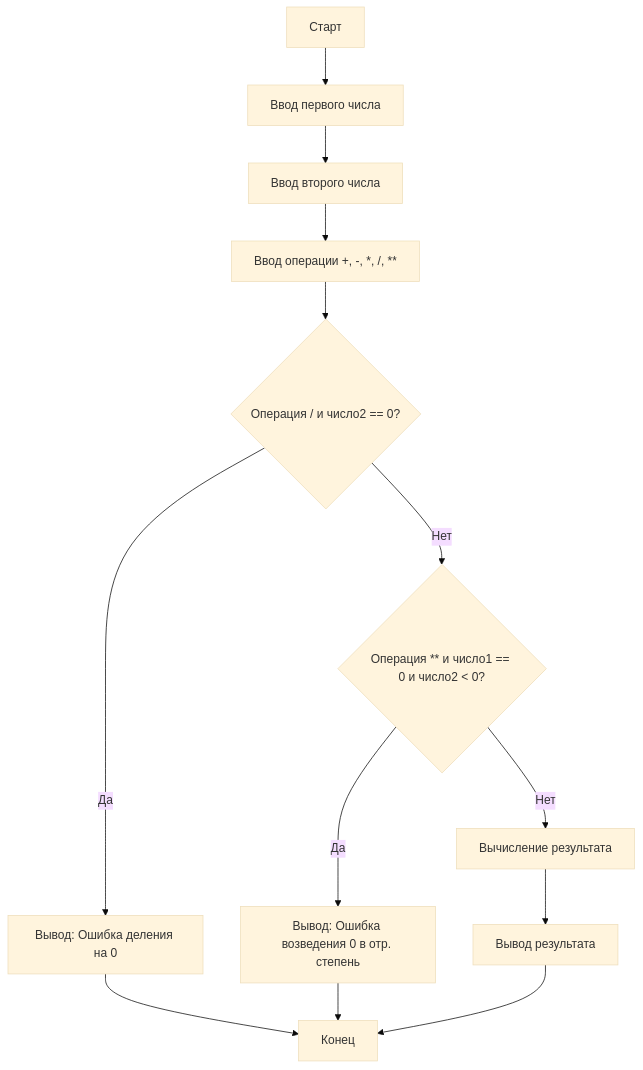
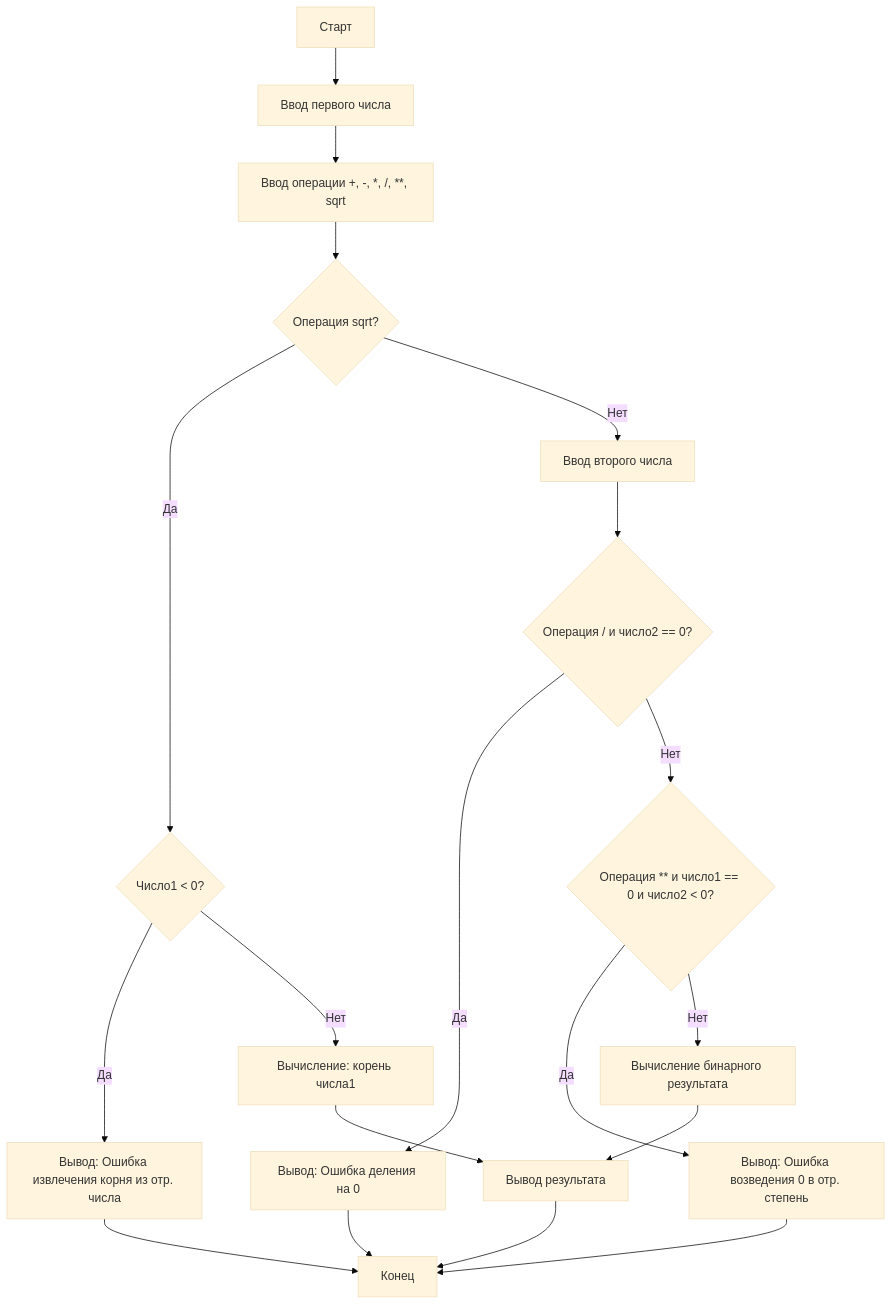
Before and after one commit to a-mozhaev/prz23: the diagram in README.md, drawn with Mermaid (base theme). The commit also changed other lines of this file and 2 other files, not shown here.

Commit message:
feat: 1. Добавлен функционал вычисления квадратного корня. 2. Изменена логика работы пользовательского интерфейса

````diff
--- a/README.md
+++ b/README.md
@@ -15,15 +15,25 @@
-```mermaid
+```mermaid 
  graph TD
      A[Старт] --> B[Ввод первого числа]
-     B --> C[Ввод второго числа]
-     C --> D[Ввод операции +, -, *, /, **]
-     D --> E{Операция / и число2 == 0?}
-     E -- Да --> F[Вывод: Ошибка деления на 0]
-     E -- Нет --> J{Операция ** и число1 == 0 и число2 < 0?}
-     J -- Да --> K[Вывод: Ошибка возведения 0 в отр. степень]
-     J -- Нет --> G[Вычисление результата]
-     G --> H[Вывод результата]
-     F --> I[Конец]
-     K --> I
-     H --> I
+     B --> D[Ввод операции +, -, *, /, **, sqrt]
+
+     D --> E{Операция sqrt?}
+     E -- Да --> F{Число1 < 0?}
+     F -- Да --> G[Вывод: Ошибка извлечения корня из отр. числа]
+     F -- Нет --> H[Вычисление: корень числа1]
+
+     E -- Нет --> I[Ввод второго числа]
+     I --> J{Операция / и число2 == 0?}
+     J -- Да --> K[Вывод: Ошибка деления на 0]
+     J -- Нет --> L{Операция ** и число1 == 0 и число2 < 0?}
+     L -- Да --> M[Вывод: Ошибка возведения 0 в отр. степень]
+     L -- Нет --> N[Вычисление бинарного результата]
+
+     H --> O[Вывод результата]
+     N --> O
+
+     G --> P[Конец]
+     K --> P
+     M --> P
+     O --> P
 ```
````
